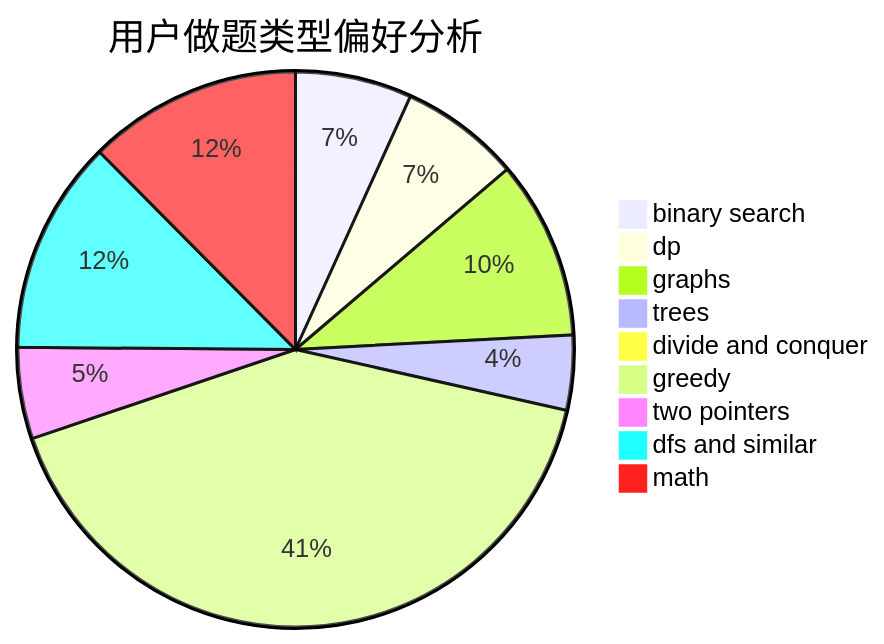
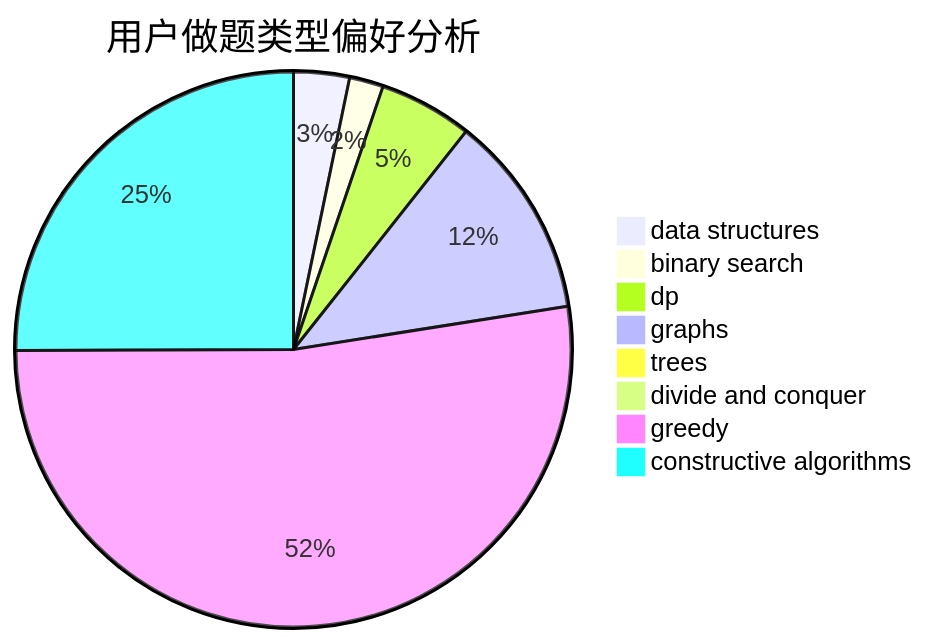
Before and after one commit to sherpahu/cfrs.github.io: the second of 3 diagrams in docs/user/u2613.md, drawn with Mermaid. The commit also changed other lines of this file and 2775 other files, not shown here.

````diff
--- a/docs/user/u2613.md
+++ b/docs/user/u2613.md
@@ -23,12 +23,11 @@
 ```mermaid
 pie title 用户做题类型偏好分析
-    "binary search" :  162
-    "dp" :  167
-    "graphs" :  248
-    "trees" :  104
-    "divide and conquer" :  14
-    "greedy" :  986
-    "two pointers" :  127
-    "dfs and similar" :  297
-    "math" :  297
+    "data structures" :  46
+    "binary search" :  28
+    "dp" :  77
+    "graphs" :  168
+    "trees" :  7
+    "divide and conquer" :  1
+    "greedy" :  743
+    "constructive algorithms" :  355
 ```
````
